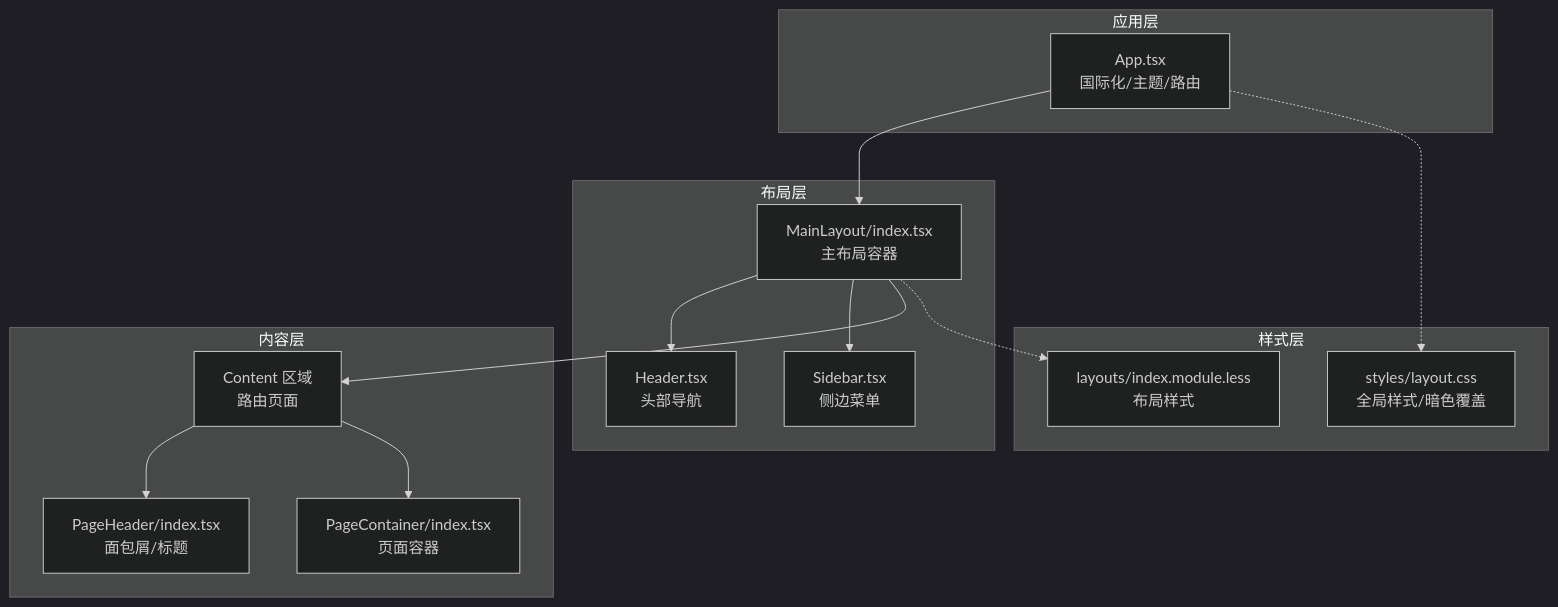
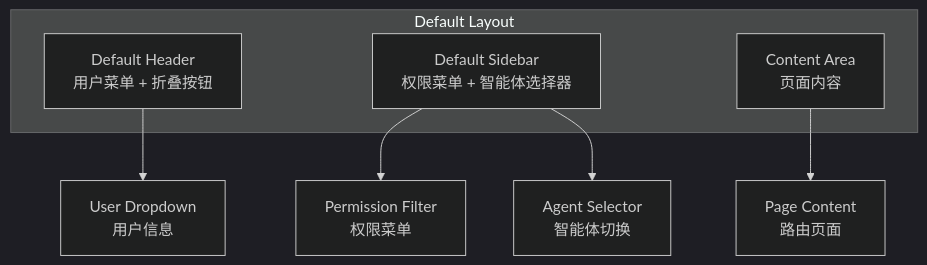
The fourth of 6 diagrams in .qoder/repowiki/zh/content/前端控制台/布局系统.md (joezxh/CoPaw), drawn with Mermaid (dark theme) before and after one commit. The commit also changed other lines of this file and 20 other files, not shown here.

````diff
--- a/.qoder/repowiki/zh/content/前端控制台/布局系统.md
+++ b/.qoder/repowiki/zh/content/前端控制台/布局系统.md
@@ -77,28 +137,12 @@
 ```mermaid
 graph TB
-subgraph "应用层"
-APP["App.tsx<br/>国际化/主题/路由"]
+subgraph "Default Layout"
+A["Default Header<br/>用户菜单 + 折叠按钮"]
+B["Default Sidebar<br/>权限菜单 + 智能体选择器"]
+C["Content Area<br/>页面内容"]
 end
-subgraph "布局层"
-ML["MainLayout/index.tsx<br/>主布局容器"]
-HD["Header.tsx<br/>头部导航"]
-SB["Sidebar.tsx<br/>侧边菜单"]
-end
-subgraph "样式层"
-LEX["layouts/index.module.less<br/>布局样式"]
-LCS["styles/layout.css<br/>全局样式/暗色覆盖"]
-end
-subgraph "内容层"
-CT["Content 区域<br/>路由页面"]
-PH["PageHeader/index.tsx<br/>面包屑/标题"]
-PC["PageContainer/index.tsx<br/>页面容器"]
-end
-APP --> ML
-ML --> HD
-ML --> SB
-ML --> CT
-CT --> PH
-CT --> PC
-ML -.-> LEX
-APP -.-> LCS
+A --> D["User Dropdown<br/>用户信息"]
+B --> E["Permission Filter<br/>权限菜单"]
+B --> F["Agent Selector<br/>智能体切换"]
+C --> G["Page Content<br/>路由页面"]
 ```
````
